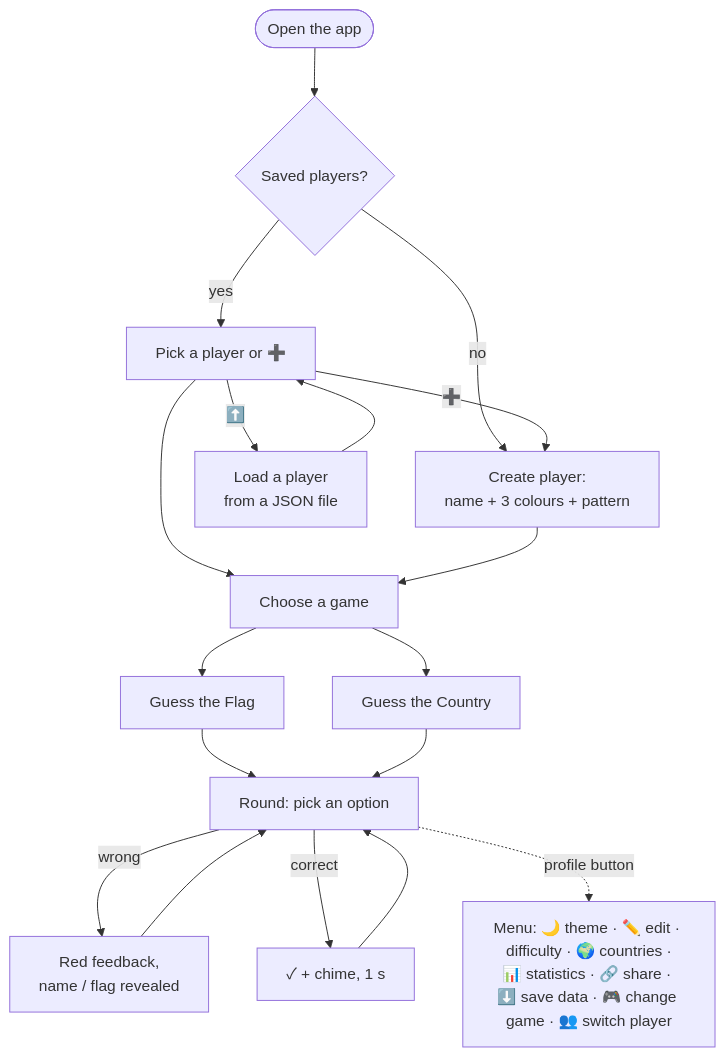
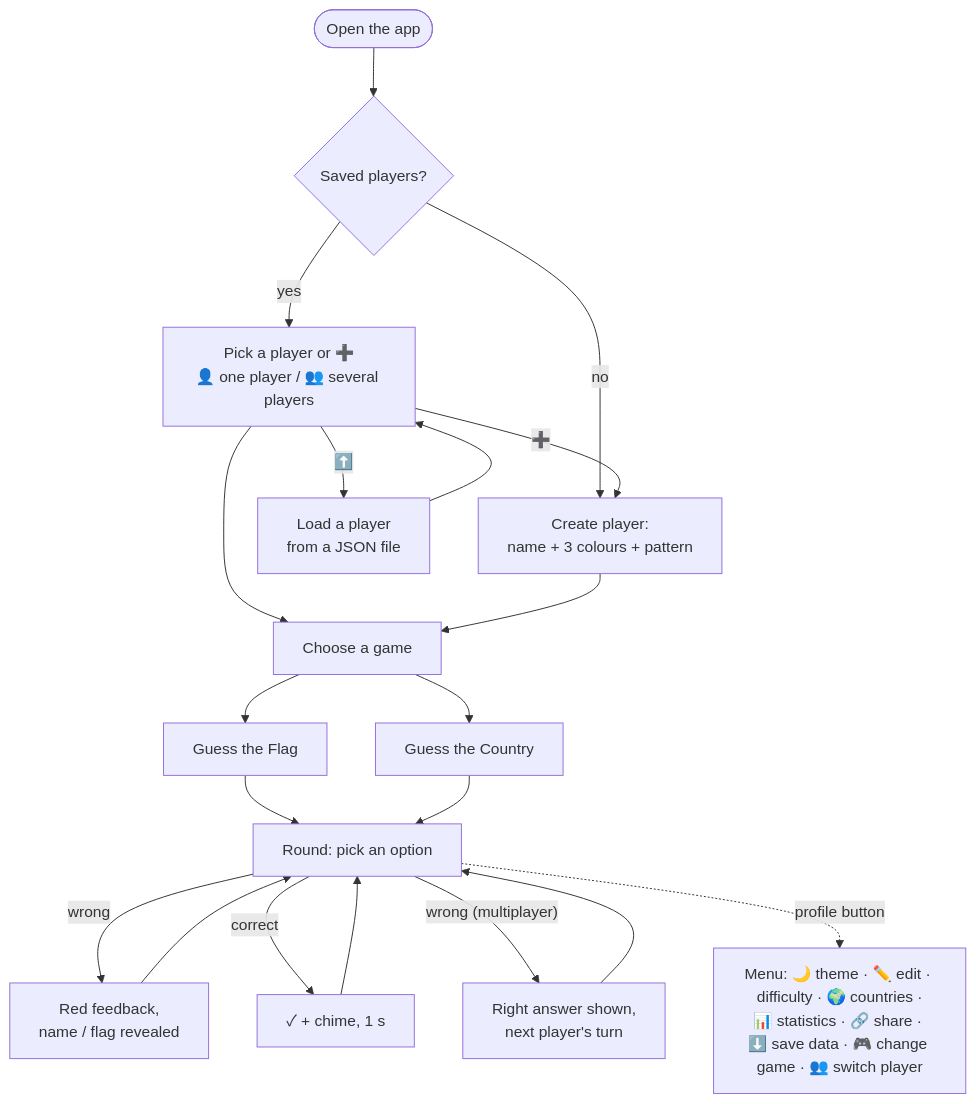
Before and after one commit to AOSSIE-Org/FlagQuiz: the second of 2 diagrams in README.md, drawn with Mermaid. The commit also changed other lines of this file and 22 other files, not shown here.

````diff
--- a/README.md
+++ b/README.md
@@ -186,17 +191,18 @@
 ```mermaid
 flowchart TD
   Start([Open the app]) --> Users{Saved players?}
   Users -- no --> New[Create player:<br/>name + 3 colours + pattern]
-  Users -- yes --> Pick[Pick a player or ➕]
+  Users -- yes --> Pick[Pick a player or ➕<br/>👤 one player / 👥 several players]
   Pick -- ➕ --> New
   Pick --> Game
   New --> Game[Choose a game]
   Game --> GF[Guess the Flag]
   Game --> GC[Guess the Country]
   GF --> Round[Round: pick an option]
   GC --> Round
   Round -- wrong --> Feedback[Red feedback,<br/>name / flag revealed] --> Round
   Round -- correct --> Next[✓ + chime, 1 s] --> Round
+  Round -- "wrong (multiplayer)" --> Turn[Right answer shown,<br/>next player's turn] --> Round
   Round -. profile button .-> Menu[Menu: 🌙 theme · ✏️ edit · difficulty · 🌍 countries ·<br/>📊 statistics · 🔗 share · ⬇️ save data · 🎮 change game · 👥 switch player]
   Pick -- ⬆️ --> Import[Load a player<br/>from a JSON file] --> Pick
 ```
````
